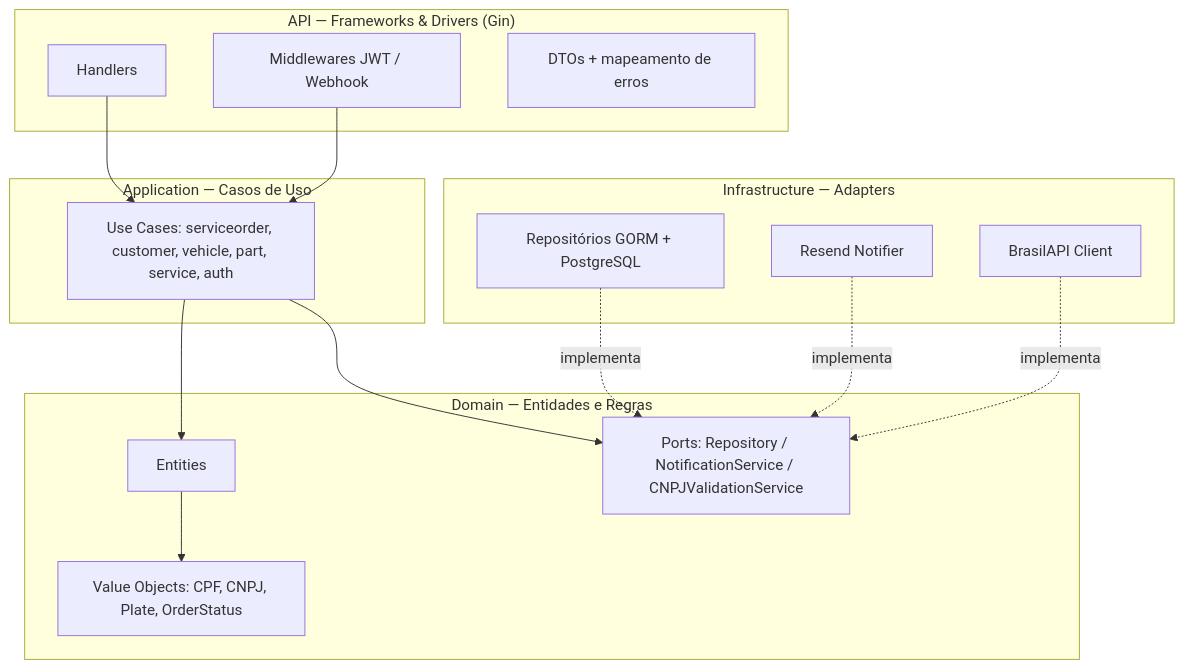
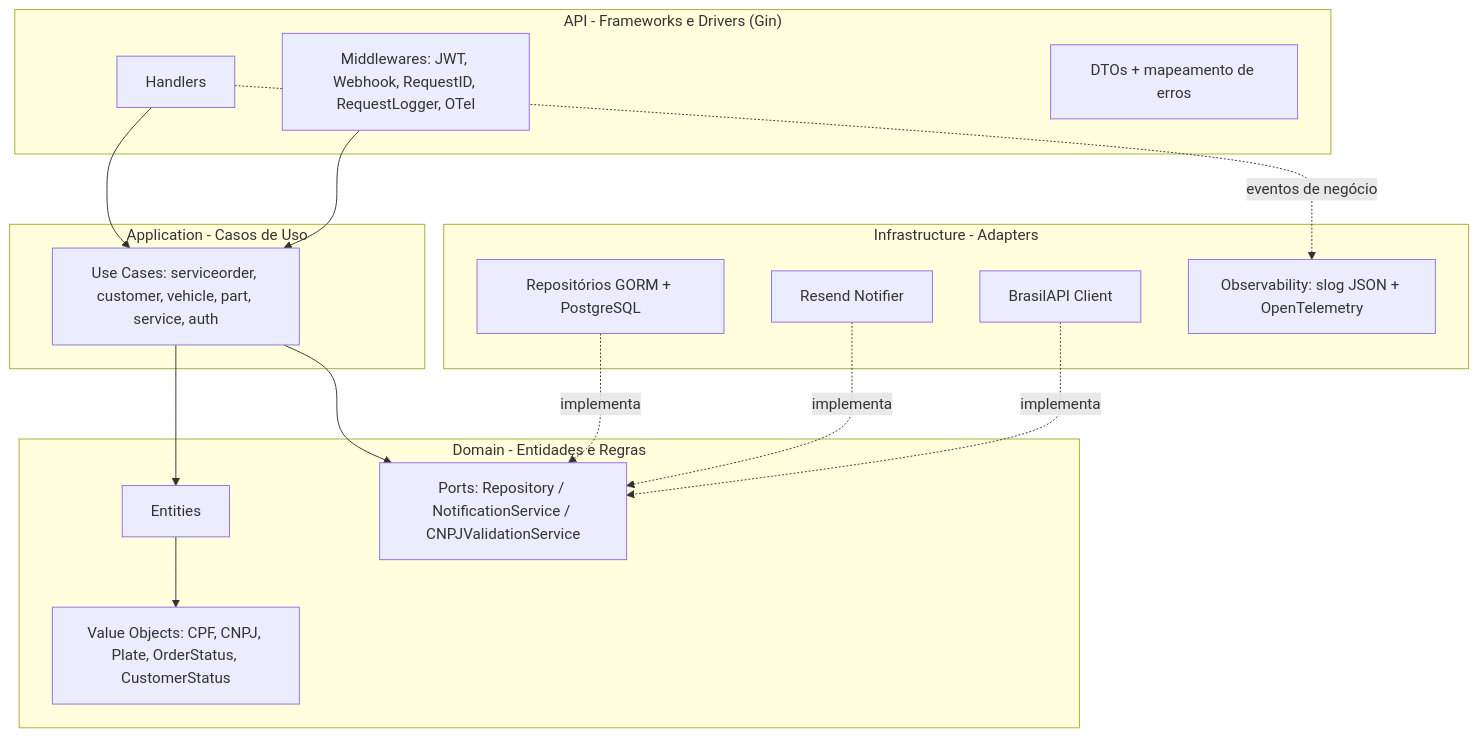
The second of 3 diagrams in README.md (gaabriel165/oficina-api), drawn with Mermaid before and after one commit. The commit also changed other lines of this file and 19 other files, not shown here.

First line of the commit message:
docs: add fase 3 architecture documentation and update readme

````diff
--- a/README.md
+++ b/README.md
@@ -32,30 +87,32 @@
 ```mermaid
 flowchart TD
-    subgraph API["API — Frameworks & Drivers (Gin)"]
+    subgraph API["API - Frameworks e Drivers (Gin)"]
         H[Handlers]
-        MW[Middlewares JWT / Webhook]
-        DTO[DTOs + mapeamento de erros]
+        MW["Middlewares: JWT, Webhook, RequestID, RequestLogger, OTel"]
+        DTO["DTOs + mapeamento de erros"]
     end
-    subgraph APP["Application — Casos de Uso"]
-        UC[Use Cases: serviceorder, customer, vehicle, part, service, auth]
+    subgraph APP["Application - Casos de Uso"]
+        UC["Use Cases: serviceorder, customer, vehicle, part, service, auth"]
     end
-    subgraph DOM["Domain — Entidades e Regras"]
+    subgraph DOM["Domain - Entidades e Regras"]
         ENT[Entities]
-        VO[Value Objects: CPF, CNPJ, Plate, OrderStatus]
-        PORT[Ports: Repository / NotificationService / CNPJValidationService]
+        VO["Value Objects: CPF, CNPJ, Plate, OrderStatus, CustomerStatus"]
+        PORT["Ports: Repository / NotificationService / CNPJValidationService"]
     end
-    subgraph INFRA["Infrastructure — Adapters"]
-        GORM[Repositórios GORM + PostgreSQL]
-        RESEND[Resend Notifier]
-        BRASIL[BrasilAPI Client]
+    subgraph INFRA["Infrastructure - Adapters"]
+        GORM["Repositórios GORM + PostgreSQL"]
+        RESEND["Resend Notifier"]
+        BRASIL["BrasilAPI Client"]
+        OBS["Observability: slog JSON + OpenTelemetry"]
     end
 
     H --> UC
     MW --> UC
+    H -.->|eventos de negócio| OBS
     UC --> PORT
     UC --> ENT
     ENT --> VO
     GORM -. implementa .-> PORT
     RESEND -. implementa .-> PORT
     BRASIL -. implementa .-> PORT
 ```
````
